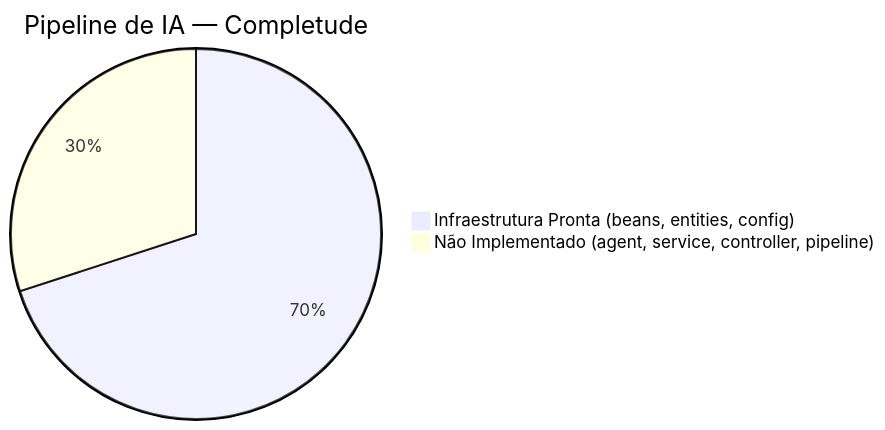
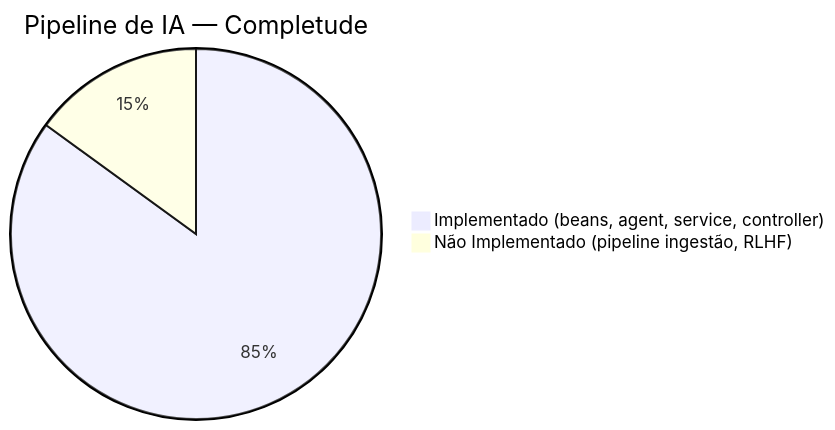
One commit to RyanAguiiarr/Tila_Brain changed the first of 5 diagrams in context/ai-pipeline.md. Above: the diagram before and after it, drawn with Mermaid. The commit also changed other lines of this file and 19 other files, not shown here.

````diff
--- a/context/ai-pipeline.md
+++ b/context/ai-pipeline.md
@@ -18,5 +18,5 @@
 ```mermaid
 pie title Pipeline de IA — Completude
-    "Infraestrutura Pronta (beans, entities, config)" : 70
-    "Não Implementado (agent, service, controller, pipeline)" : 30
+    "Implementado (beans, agent, service, controller)" : 85
+    "Não Implementado (pipeline ingestão, RLHF)" : 15
 ```
````
